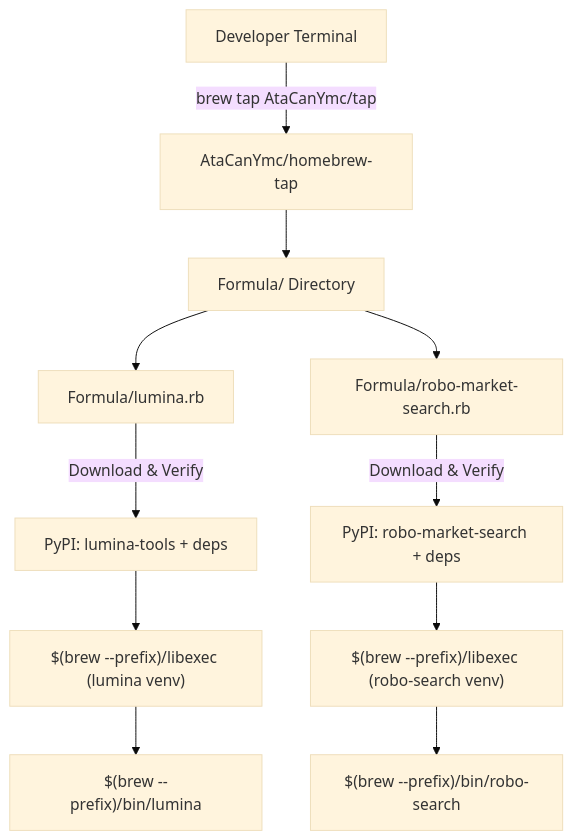
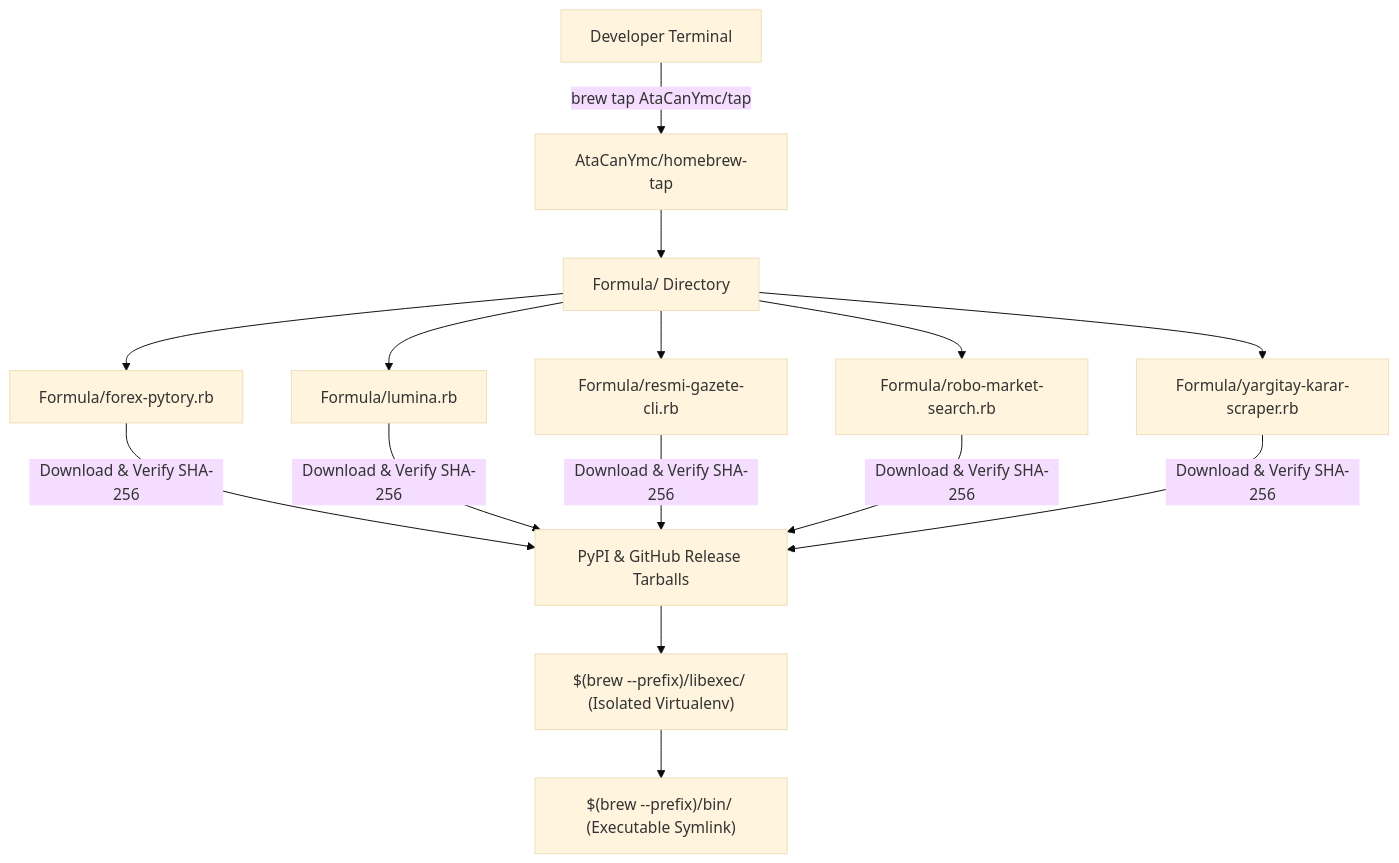
The diagram in README.md (AtaCanYmc/homebrew-tap), drawn with Mermaid (base theme) before and after one commit. The commit also changed other lines of this file and 5 other files, not shown here.

````diff
--- a/README.md
+++ b/README.md
@@ -32,17 +35,15 @@
 ```mermaid
 flowchart TD
     User["Developer Terminal"] -->|"brew tap AtaCanYmc/tap"| TapRepo["AtaCanYmc/homebrew-tap"]
     TapRepo --> FormulaDir["Formula/ Directory"]
-    
-    FormulaDir --> LuminaFormula["Formula/lumina.rb"]
-    FormulaDir --> RoboFormula["Formula/robo-market-search.rb"]
-    
-    LuminaFormula -->|"Download & Verify"| PyPI1["PyPI: lumina-tools + deps"]
-    RoboFormula -->|"Download & Verify"| PyPI2["PyPI: robo-market-search + deps"]
-    
-    PyPI1 --> Venv1["$(brew --prefix)/libexec (lumina venv)"]
-    PyPI2 --> Venv2["$(brew --prefix)/libexec (robo-search venv)"]
-    
-    Venv1 --> Bin1["$(brew --prefix)/bin/lumina"]
-    Venv2 --> Bin2["$(brew --prefix)/bin/robo-search"]
+
+    FormulaDir --> F1["Formula/forex-pytory.rb"]
+    FormulaDir --> F2["Formula/lumina.rb"]
+    FormulaDir --> F3["Formula/resmi-gazete-cli.rb"]
+    FormulaDir --> F4["Formula/robo-market-search.rb"]
+    FormulaDir --> F5["Formula/yargitay-karar-scraper.rb"]
+
+    F1 & F2 & F3 & F4 & F5 -->|"Download & Verify SHA-256"| Upstream["PyPI & GitHub Release Tarballs"]
+    Upstream --> Venv["$(brew --prefix)/libexec/<formula> (Isolated Virtualenv)"]
+    Venv --> Bin["$(brew --prefix)/bin/<binary> (Executable Symlink)"]
 ```
````
